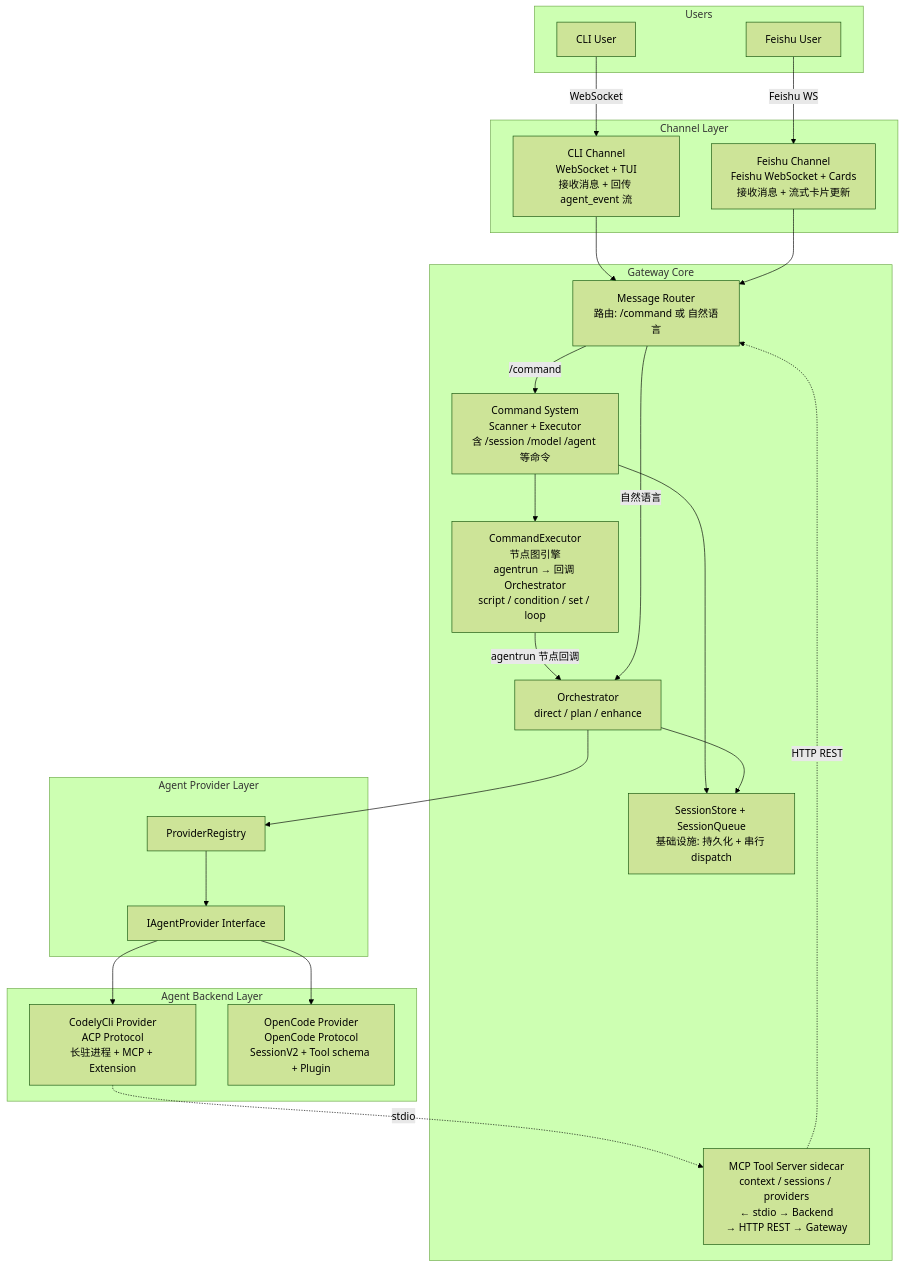
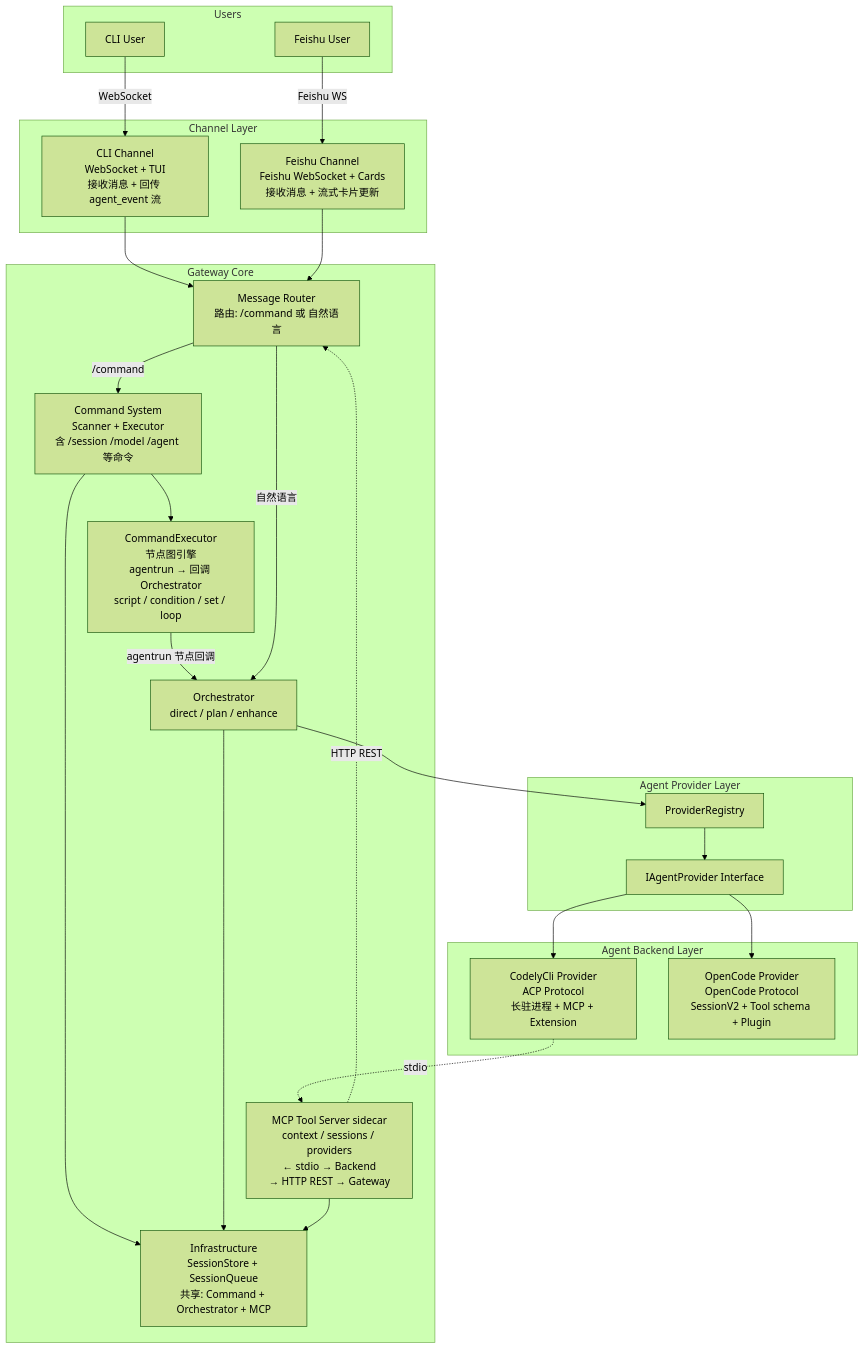
One commit to Lu-Kye/OpenCrossAgent changed the first of 2 diagrams in README.md. Above: the diagram before and after it, drawn with Mermaid (forest theme). The commit also changed other lines of this file, not shown here.

Commit message:
docs: extract SessionStore+SessionQueue as shared Infrastructure layer

````diff
--- a/README.md
+++ b/README.md
@@ -146,54 +155,55 @@
 ```mermaid
 graph TB
     subgraph "Users"
         U1[CLI User]
         U2[Feishu User]
     end
 
     subgraph "Channel Layer"
         CLI[CLI Channel<br/>WebSocket + TUI<br/>接收消息 + 回传 agent_event 流]
         FS[Feishu Channel<br/>Feishu WebSocket + Cards<br/>接收消息 + 流式卡片更新]
     end
 
     subgraph "Gateway Core"
         ROUTER[Message Router<br/>路由: /command 或 自然语言]
         CS[Command System<br/>Scanner + Executor<br/>含 /session /model /agent 等命令]
         EXEC[CommandExecutor<br/>节点图引擎<br/>agentrun → 回调 Orchestrator<br/>script / condition / set / loop]
         ORC[Orchestrator<br/>direct / plan / enhance]
-        SS[SessionStore + SessionQueue<br/>基础设施: 持久化 + 串行 dispatch]
+        INFRA[Infrastructure<br/>SessionStore + SessionQueue<br/>共享: Command + Orchestrator + MCP]
         MCP[MCP Tool Server sidecar<br/>context / sessions / providers<br/>← stdio → Backend<br/>→ HTTP REST → Gateway]
     end
 
     subgraph "Agent Provider Layer"
         REG[ProviderRegistry]
         IAP[IAgentProvider Interface]
     end
 
     subgraph "Agent Backend Layer"
         CLP[CodelyCli Provider<br/>ACP Protocol<br/>长驻进程 + MCP + Extension]
         OCP[OpenCode Provider<br/>OpenCode Protocol<br/>SessionV2 + Tool schema + Plugin]
     end
 
     U1 -->|WebSocket| CLI
     U2 -->|Feishu WS| FS
 
     CLI --> ROUTER
     FS --> ROUTER
 
     ROUTER -->|/command| CS
     CS --> EXEC
     EXEC -->|agentrun 节点回调| ORC
     ROUTER -->|自然语言| ORC
 
-    CS --> SS
-    ORC --> SS
+    CS --> INFRA
+    ORC --> INFRA
+    MCP --> INFRA
     ORC --> REG
 
     REG --> IAP
 
     IAP --> CLP
     IAP --> OCP
 
     CLP -.->|stdio| MCP
     MCP -.->|HTTP REST| ROUTER
 ```
````
